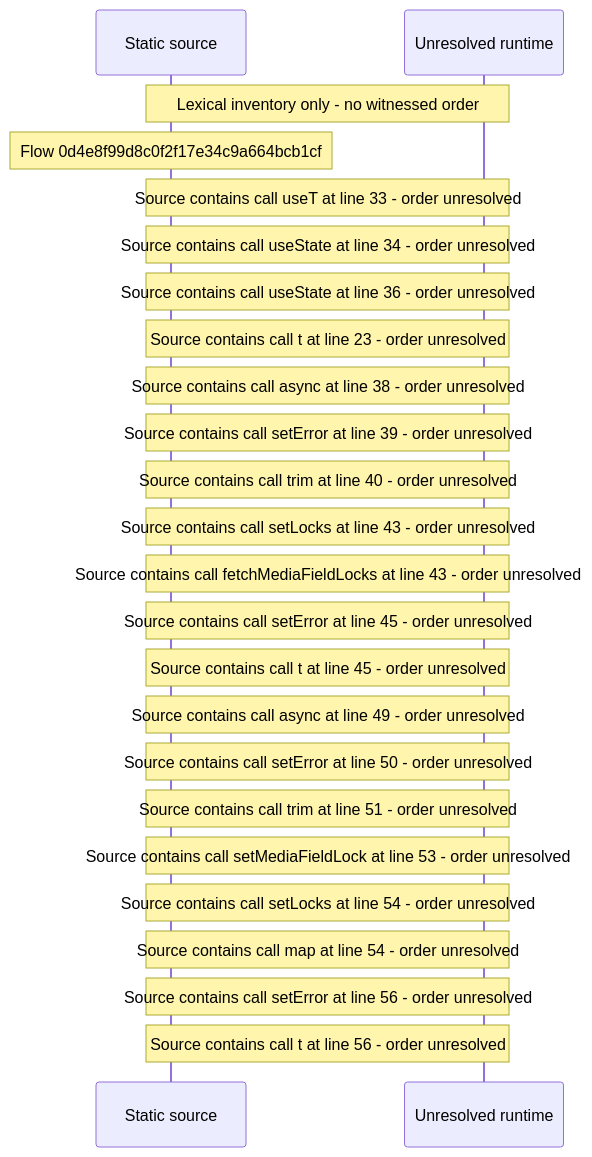
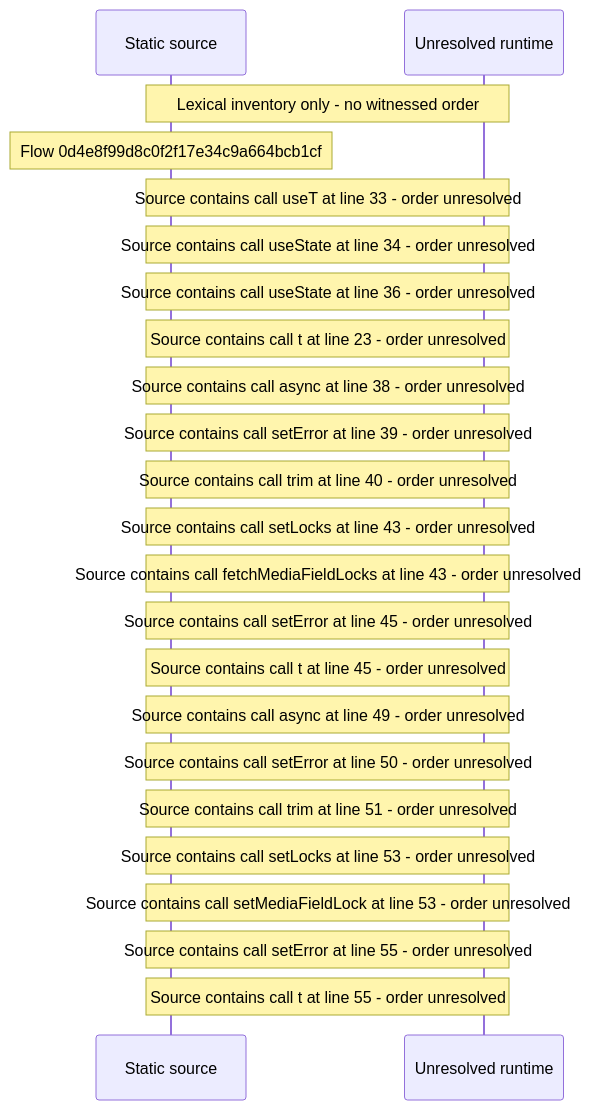
One commit to beamfall/core changed the diagram in docs/web/flows/generated/0d4e8f99d8c0f2f17e34c9a664bcb1cf/flow-diagram.md. Above: the diagram before and after it, drawn with Mermaid. The commit also changed other lines of this file and 714 other files, not shown here.

Commit message:
Regenerate the web flow record on the batch 5 head (CORE-1762)

````diff
--- a/docs/web/flows/generated/0d4e8f99d8c0f2f17e34c9a664bcb1cf/flow-diagram.md
+++ b/docs/web/flows/generated/0d4e8f99d8c0f2f17e34c9a664bcb1cf/flow-diagram.md
@@ -10,26 +10,25 @@
 ```mermaid
 sequenceDiagram
     participant S as Static source
     participant U as Unresolved runtime
     Note over S,U: Lexical inventory only - no witnessed order
     Note over S: Flow 0d4e8f99d8c0f2f17e34c9a664bcb1cf
     Note over S,U: Source contains call useT at line 33 - order unresolved
     Note over S,U: Source contains call useState at line 34 - order unresolved
     Note over S,U: Source contains call useState at line 36 - order unresolved
     Note over S,U: Source contains call t at line 23 - order unresolved
     Note over S,U: Source contains call async at line 38 - order unresolved
     Note over S,U: Source contains call setError at line 39 - order unresolved
     Note over S,U: Source contains call trim at line 40 - order unresolved
     Note over S,U: Source contains call setLocks at line 43 - order unresolved
     Note over S,U: Source contains call fetchMediaFieldLocks at line 43 - order unresolved
     Note over S,U: Source contains call setError at line 45 - order unresolved
     Note over S,U: Source contains call t at line 45 - order unresolved
     Note over S,U: Source contains call async at line 49 - order unresolved
     Note over S,U: Source contains call setError at line 50 - order unresolved
     Note over S,U: Source contains call trim at line 51 - order unresolved
+    Note over S,U: Source contains call setLocks at line 53 - order unresolved
     Note over S,U: Source contains call setMediaFieldLock at line 53 - order unresolved
-    Note over S,U: Source contains call setLocks at line 54 - order unresolved
-    Note over S,U: Source contains call map at line 54 - order unresolved
-    Note over S,U: Source contains call setError at line 56 - order unresolved
-    Note over S,U: Source contains call t at line 56 - order unresolved
+    Note over S,U: Source contains call setError at line 55 - order unresolved
+    Note over S,U: Source contains call t at line 55 - order unresolved
 ```
````
